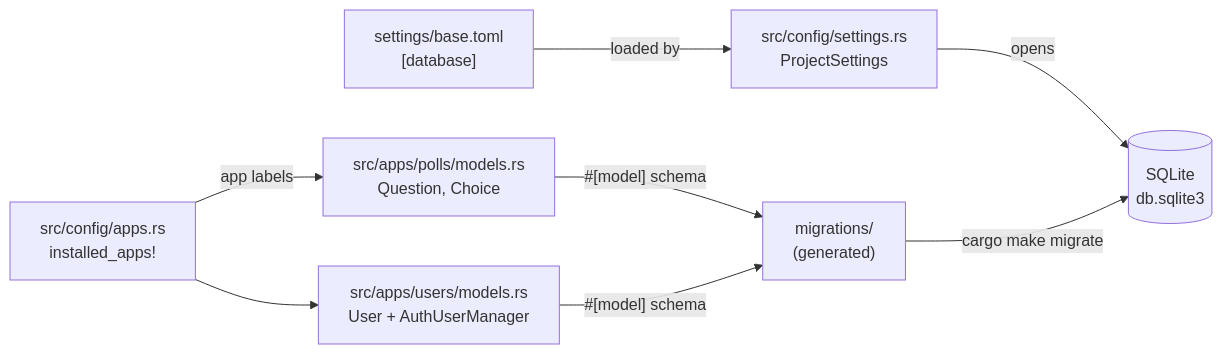
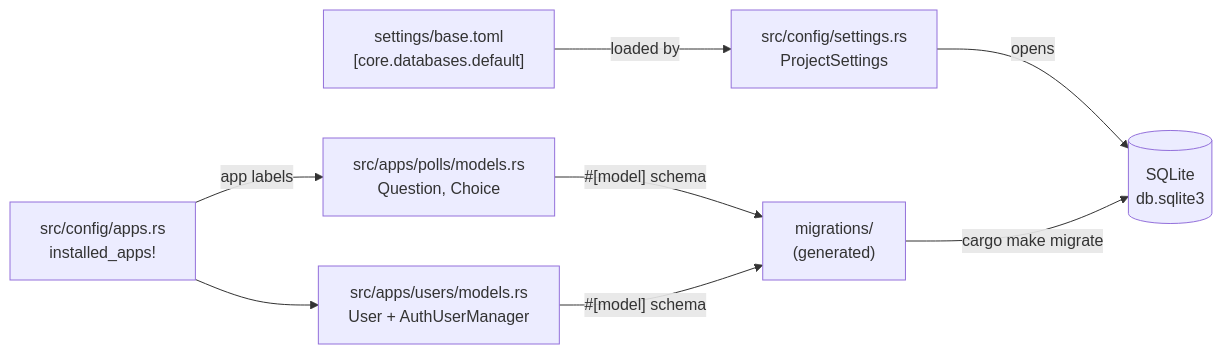
The diagram in website/content/quickstart/tutorials/basis/2-models-and-database.md (kent8192/reinhardt-web), drawn with Mermaid before and after one commit. The commit also changed other lines of this file and 25 other files, not shown here.

````diff
--- a/website/content/quickstart/tutorials/basis/2-models-and-database.md
+++ b/website/content/quickstart/tutorials/basis/2-models-and-database.md
@@ -19,10 +19,10 @@
 ```mermaid
 flowchart LR
-    Settings["settings/base.toml<br/>[database]"] -->|loaded by| ConfigSettings["src/config/settings.rs<br/>ProjectSettings"]
+    Settings["settings/base.toml<br/>[core.databases.default]"] -->|loaded by| ConfigSettings["src/config/settings.rs<br/>ProjectSettings"]
     ConfigSettings -->|opens| DB[(SQLite<br/>db.sqlite3)]
     PollsApp["src/apps/polls/models.rs<br/>Question, Choice"] -->|"#[model] schema"| Migrations["migrations/<br/>(generated)"]
     UsersApp["src/apps/users/models.rs<br/>User + AuthUserManager"] -->|"#[model] schema"| Migrations
     Migrations -->|cargo make migrate| DB
     AppsConfig["src/config/apps.rs<br/>installed_apps!"] -->|app labels| PollsApp
     AppsConfig --> UsersApp
 ```
````
